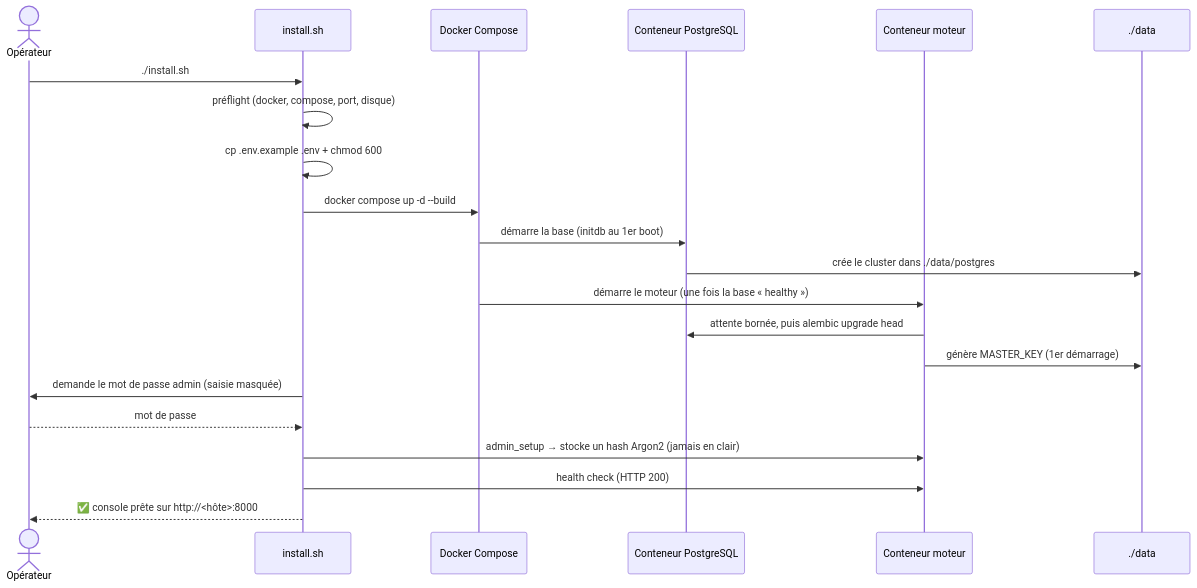
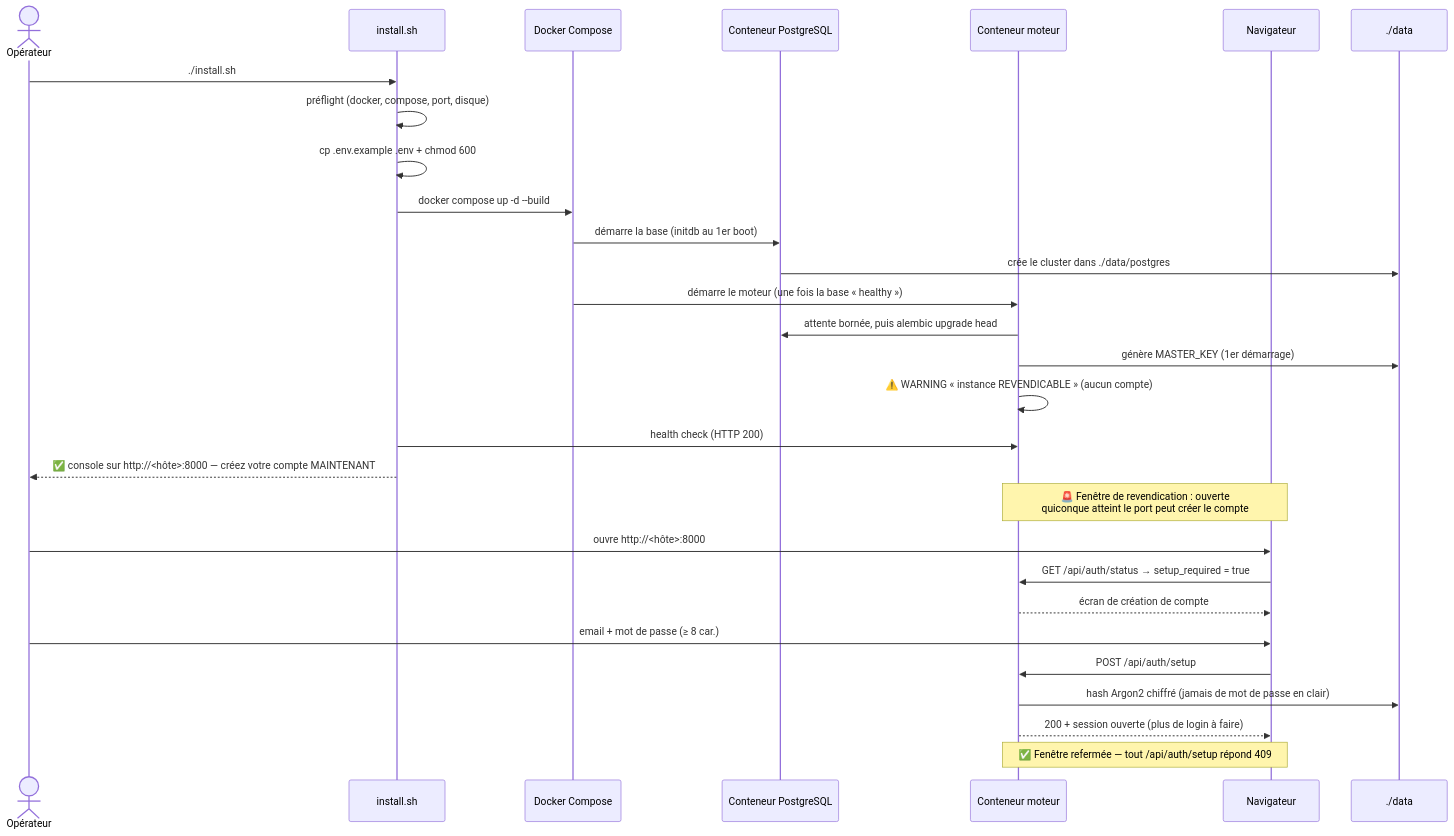
The third of 7 diagrams in docs/guide-fonctionnement.md (WicaebethTheo/itsm-modern-ai), drawn with Mermaid before and after one commit. The commit also changed other lines of this file and 53 other files, not shown here.

````diff
--- a/docs/guide-fonctionnement.md
+++ b/docs/guide-fonctionnement.md
@@ -134,24 +152,32 @@
 ```mermaid
 sequenceDiagram
     actor Op as Opérateur
     participant Sh as install.sh
     participant Dk as Docker Compose
     participant Pg as Conteneur PostgreSQL
     participant Ct as Conteneur moteur
+    participant Nav as Navigateur
     participant Data as ./data
 
     Op->>Sh: ./install.sh
     Sh->>Sh: préflight (docker, compose, port, disque)
     Sh->>Sh: cp .env.example .env + chmod 600
     Sh->>Dk: docker compose up -d --build
     Dk->>Pg: démarre la base (initdb au 1er boot)
     Pg->>Data: crée le cluster dans ./data/postgres
     Dk->>Ct: démarre le moteur (une fois la base « healthy »)
     Ct->>Pg: attente bornée, puis alembic upgrade head
     Ct->>Data: génère MASTER_KEY (1er démarrage)
-    Sh->>Op: demande le mot de passe admin (saisie masquée)
-    Op-->>Sh: mot de passe
-    Sh->>Ct: admin_setup → stocke un hash Argon2 (jamais en clair)
+    Ct->>Ct: ⚠️ WARNING « instance REVENDICABLE » (aucun compte)
     Sh->>Ct: health check (HTTP 200)
-    Sh-->>Op: ✅ console prête sur http://<hôte>:8000
+    Sh-->>Op: ✅ console sur http://<hôte>:8000 — créez votre compte MAINTENANT
+    Note over Ct,Nav: 🚨 Fenêtre de revendication : ouverte<br/>quiconque atteint le port peut créer le compte
+    Op->>Nav: ouvre http://<hôte>:8000
+    Nav->>Ct: GET /api/auth/status → setup_required = true
+    Ct-->>Nav: écran de création de compte
+    Op->>Nav: email + mot de passe (≥ 8 car.)
+    Nav->>Ct: POST /api/auth/setup
+    Ct->>Data: hash Argon2 chiffré (jamais de mot de passe en clair)
+    Ct-->>Nav: 200 + session ouverte (plus de login à faire)
+    Note over Ct,Nav: ✅ Fenêtre refermée — tout /api/auth/setup répond 409
 ```
````
